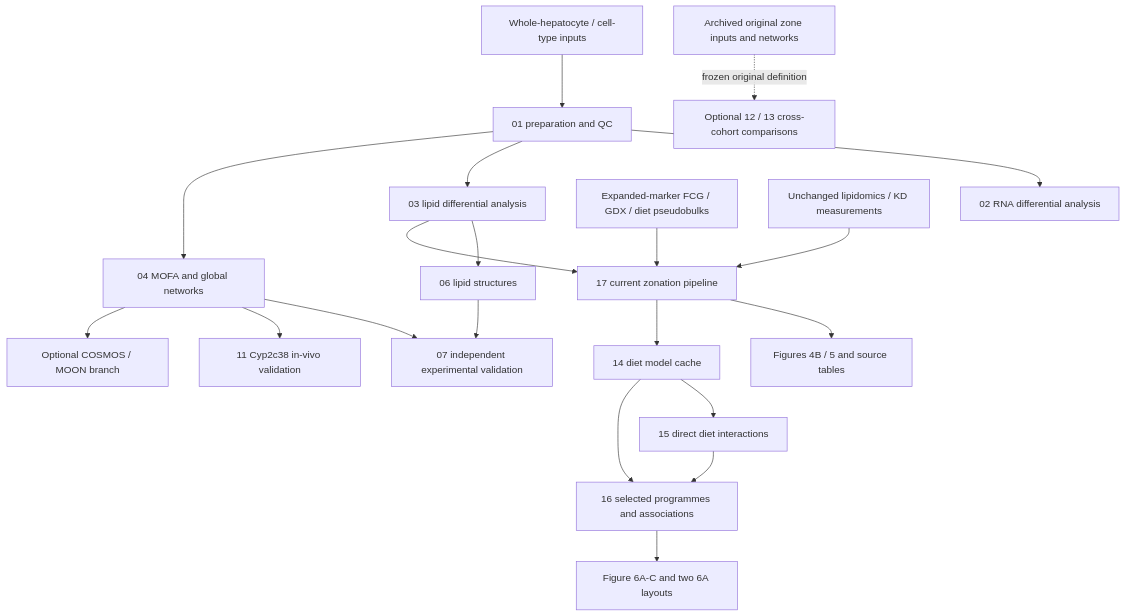
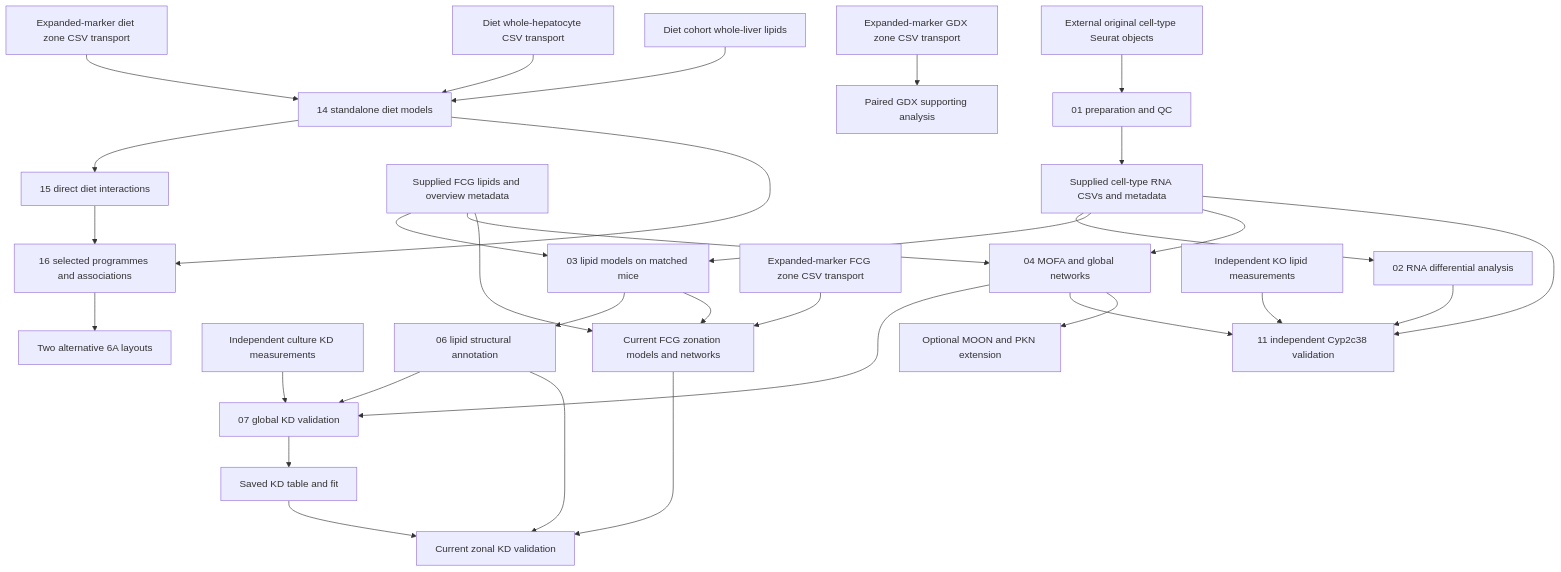
Before and after one commit to saezlab/gonads_snRNAseq_and_lipidomics_analysis_refactored: the first of 2 diagrams in PIPELINE.md, drawn with Mermaid. The commit also changed other lines of this file and 60 other files, not shown here.

````diff
--- a/PIPELINE.md
+++ b/PIPELINE.md
@@ -7,22 +11,34 @@
 ```mermaid
 flowchart TD
-  A[Whole-hepatocyte / cell-type inputs] --> W01[01 preparation and QC]
-  W01 --> W02[02 RNA differential analysis]
-  W01 --> W03[03 lipid differential analysis]
-  W01 --> W04[04 MOFA and global networks]
-  W03 --> W06[06 lipid structures]
-  W04 --> W07[07 independent experimental validation]
-  W06 --> W07
-  E[Expanded-marker FCG / GDX / diet pseudobulks] --> W17[17 current zonation pipeline]
-  W03 --> W17
-  K[Unchanged lipidomics / KD measurements] --> W17
-  W17 --> F5[Figures 4B / 5 and source tables]
-  W17 --> M14[14 diet model cache]
-  M14 --> M15[15 direct diet interactions]
-  M14 --> M16[16 selected programmes and associations]
-  M15 --> M16
-  M16 --> F6[Figure 6A-C and two 6A layouts]
-  W04 --> W11[11 Cyp2c38 in-vivo validation]
-  H[Archived original zone inputs and networks] -. frozen original definition .-> C[Optional 12 / 13 cross-cohort comparisons]
-  W04 --> MOON[Optional COSMOS / MOON branch]
+  RAW[External original cell-type Seurat objects] --> W01[01 preparation and QC]
+  W01 --> RNA[Supplied cell-type RNA CSVs and metadata]
+  RNA --> W02[02 RNA differential analysis]
+  RNA --> W03[03 lipid models on matched mice]
+  LIP[Supplied FCG lipids and overview metadata] --> W03
+  RNA --> W04[04 MOFA and global networks]
+  LIP --> W04
+  W03 --> W06[06 lipid structural annotation]
+  W04 --> GLOBAL[07 global KD validation]
+  W06 --> GLOBAL
+  KD[Independent culture KD measurements] --> GLOBAL
+  W03 --> FCG[Current FCG zonation models and networks]
+  ZFCG[Expanded-marker FCG zone CSV transport] --> FCG
+  LIP --> FCG
+  FCG --> ZKD[Current zonal KD validation]
+  GLOBAL --> KDFIT[Saved KD table and fit]
+  KDFIT --> ZKD
+  W06 --> ZKD
+  ZGDX[Expanded-marker GDX zone CSV transport] --> GDX[Paired GDX supporting analysis]
+  ZDIET[Expanded-marker diet zone CSV transport] --> D14[14 standalone diet models]
+  HEP[Diet whole-hepatocyte CSV transport] --> D14
+  DLIP[Diet cohort whole-liver lipids] --> D14
+  D14 --> D15[15 direct diet interactions]
+  D14 --> D16[16 selected programmes and associations]
+  D15 --> D16
+  D16 --> LAYOUT[Two alternative 6A layouts]
+  W04 --> W11[11 independent Cyp2c38 validation]
+  RNA --> W11
+  W02 --> W11
+  KO[Independent KO lipid measurements] --> W11
+  W04 --> MOON[Optional MOON and PKN extension]
 ```
````
